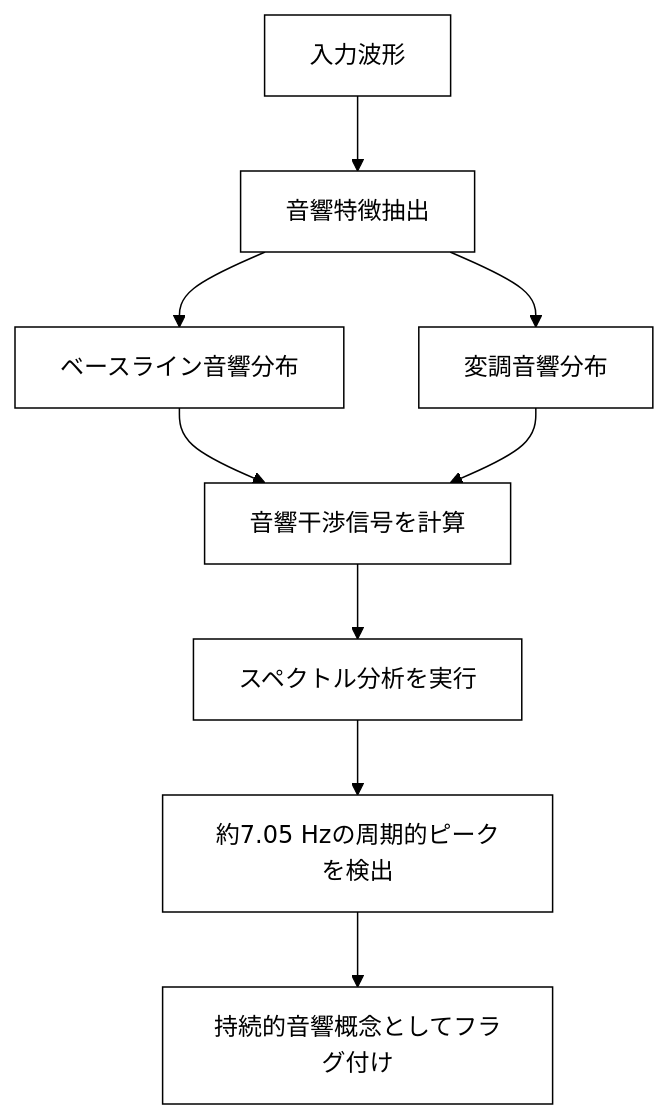
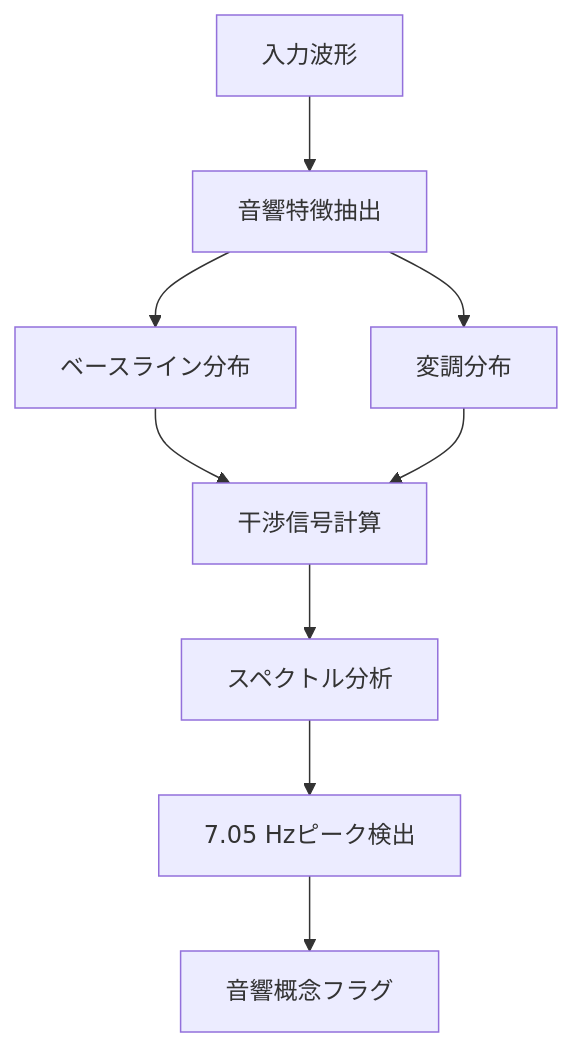
One commit to Foundup/Foundups-Agent changed the sixth of 20 diagrams in WSP_knowledge/docs/Papers/Patent_Series/04_rESP_Patent_Japanese.md. Above: the diagram before and after it, drawn with Mermaid. The commit also changed other lines of this file, not shown here.

Commit message:
Simplify patent diagrams for GitHub compatibility - Remove complex themes and shorten text

````diff
--- a/WSP_knowledge/docs/Papers/Patent_Series/04_rESP_Patent_Japanese.md
+++ b/WSP_knowledge/docs/Papers/Patent_Series/04_rESP_Patent_Japanese.md
@@ -326,12 +321,11 @@
 ```mermaid
-%%{init: {'theme':'base', 'themeVariables': {'primaryColor': '#ffffff', 'primaryTextColor': '#000000', 'primaryBorderColor': '#000000', 'lineColor': '#000000', 'secondaryColor': '#ffffff', 'tertiaryColor': '#ffffff'}}}%%
 graph TD
-    A["入力波形"] --> B["音響特徴抽出"]
-    B --> C["ベースライン音響分布"]
-    B --> D["変調音響分布"]
-    C --> E["音響干渉信号を計算"]
+    A[入力波形] --> B[音響特徴抽出]
+    B --> C[ベースライン分布]
+    B --> D[変調分布]
+    C --> E[干渉信号計算]
     D --> E
-    E --> F["スペクトル分析を実行"]
-    F --> G["約7.05 Hzの周期的ピークを検出"]
-    G --> H["持続的音響概念としてフラグ付け"]
+    E --> F[スペクトル分析]
+    F --> G[7.05 Hzピーク検出]
+    G --> H[音響概念フラグ]
 ```
````
